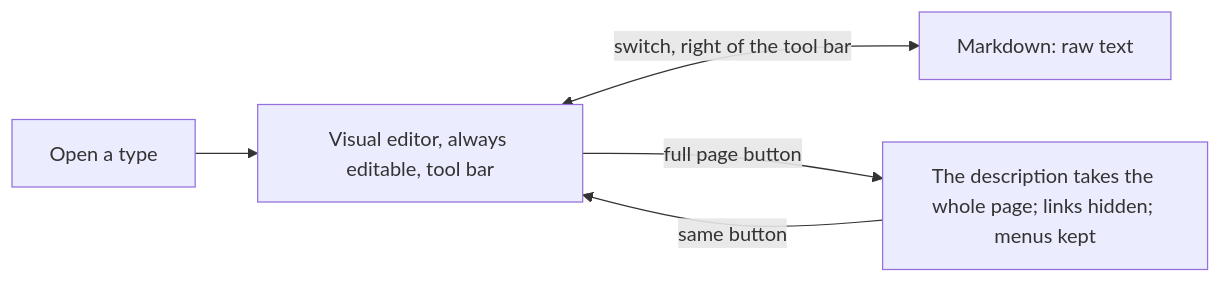
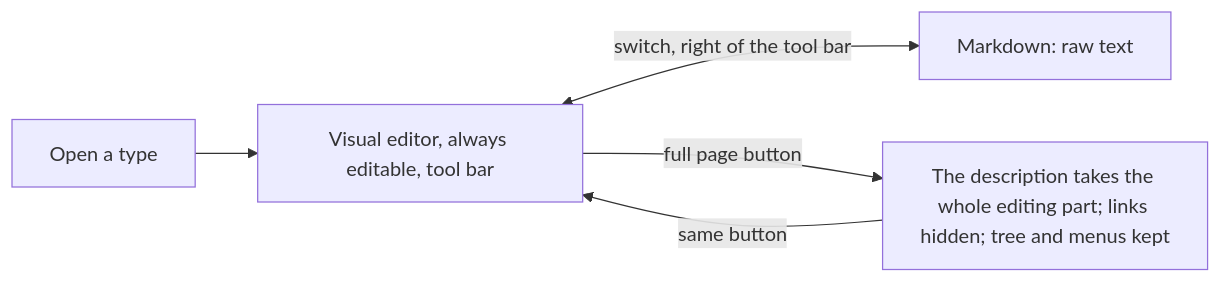
Before and after one commit to AlexandreGallais/synoptic-studio-spec: the second of 3 diagrams in metadata/03-documentation.md, drawn with Mermaid. The commit also changed other lines of this file and 10 other files, not shown here.

````diff
--- a/metadata/03-documentation.md
+++ b/metadata/03-documentation.md
@@ -47,7 +48,7 @@
 ```mermaid
 flowchart LR
     O["Open a type"] --> E["Visual editor, always editable, tool bar"]
     E <-->|"switch, right of the tool bar"| M["Markdown: raw text"]
-    E -->|"full page button"| F["The description takes the whole page; links hidden; menus kept"]
+    E -->|"full page button"| F["The description takes the whole editing part; links hidden; tree and menus kept"]
     F -->|"same button"| E
 ```
````
